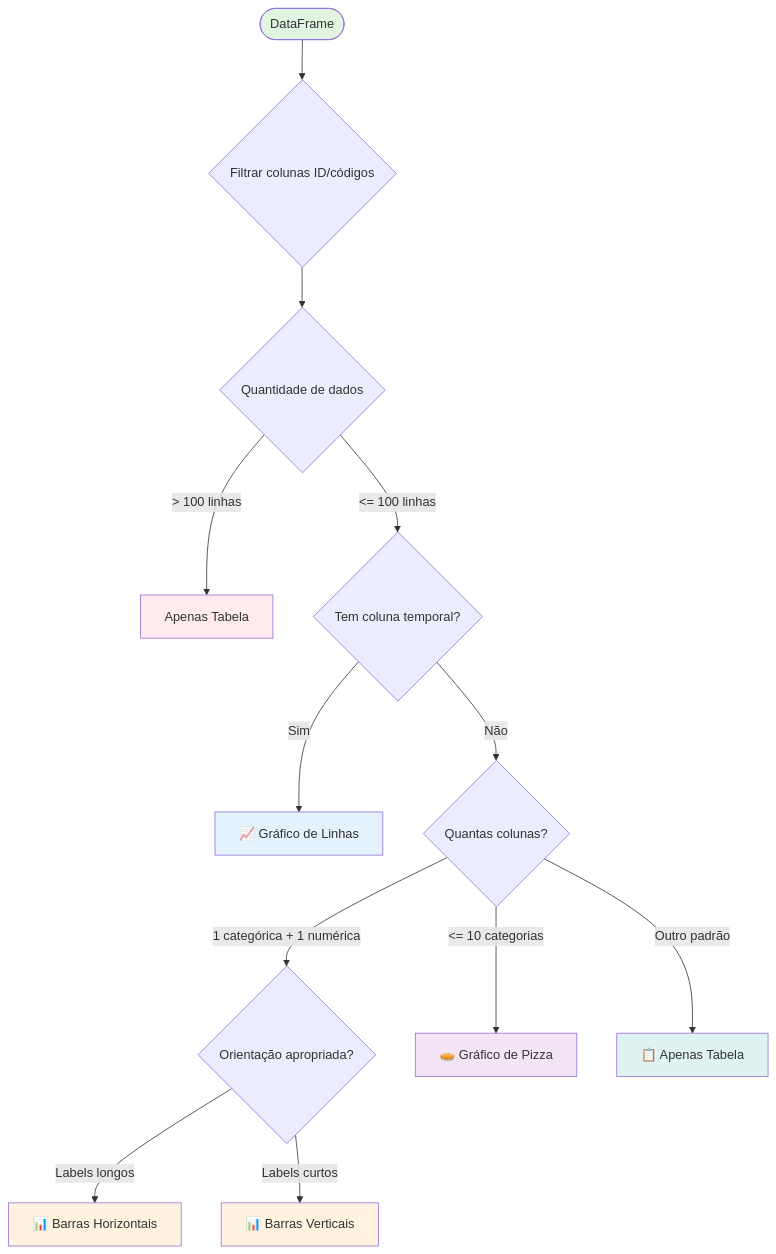
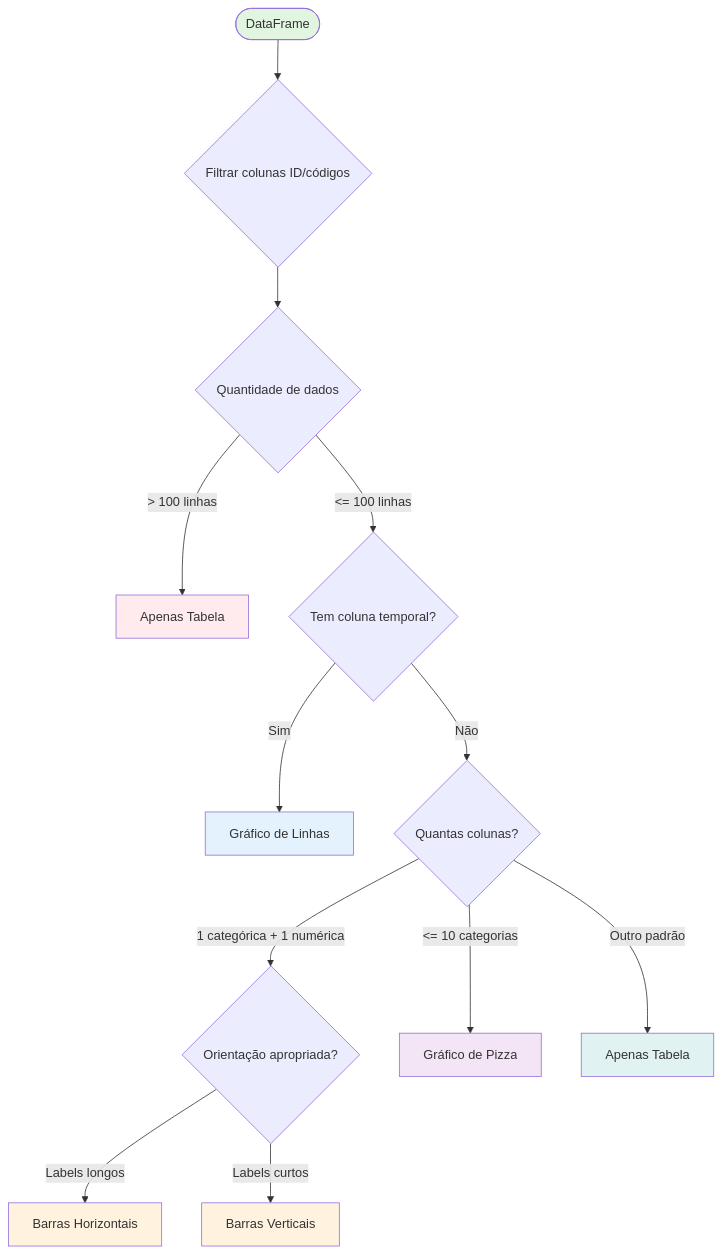
One commit to Nik0o0lps/DataDialogue changed the fifth of 11 diagrams in ARCHITECTURE.md. Above: the diagram before and after it, drawn with Mermaid. The commit also changed other lines of this file and 1 other file, not shown here.

First line of the commit message:
refactor: Remove todos os emojis dos diagramas e documentação

````diff
--- a/ARCHITECTURE.md
+++ b/ARCHITECTURE.md
@@ -196,22 +196,22 @@
 ```mermaid
 flowchart TD
     Start([DataFrame]) --> A{Filtrar colunas ID/códigos}
     A --> B{Quantidade de dados}
     B -->|> 100 linhas| NoViz[Apenas Tabela]
     B -->|<= 100 linhas| C{Tem coluna temporal?}
-    C -->|Sim| Line[📈 Gráfico de Linhas]
+    C -->|Sim| Line[Gráfico de Linhas]
     C -->|Não| D{Quantas colunas?}
     D -->|1 categórica + 1 numérica| E{Orientação apropriada?}
-    E -->|Labels longos| Horizontal[📊 Barras Horizontais]
-    E -->|Labels curtos| Vertical[📊 Barras Verticais]
-    D -->|<= 10 categorias| Pie[🥧 Gráfico de Pizza]
-    D -->|Outro padrão| Table[📋 Apenas Tabela]
+    E -->|Labels longos| Horizontal[Barras Horizontais]
+    E -->|Labels curtos| Vertical[Barras Verticais]
+    D -->|<= 10 categorias| Pie[Gráfico de Pizza]
+    D -->|Outro padrão| Table[Apenas Tabela]
     
     style Start fill:#e1f5e1
     style Line fill:#e3f2fd
     style Horizontal fill:#fff3e0
     style Vertical fill:#fff3e0
     style Pie fill:#f3e5f5
     style NoViz fill:#ffebee
     style Table fill:#e0f2f1
 ```
````
